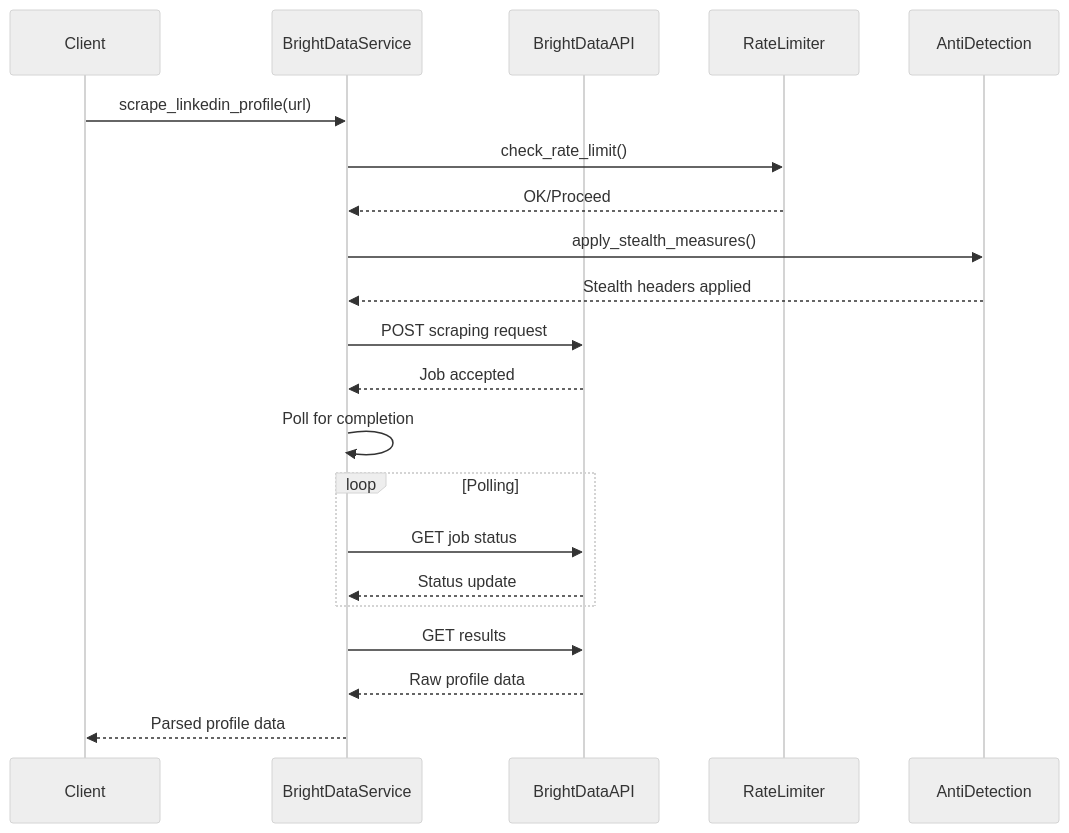
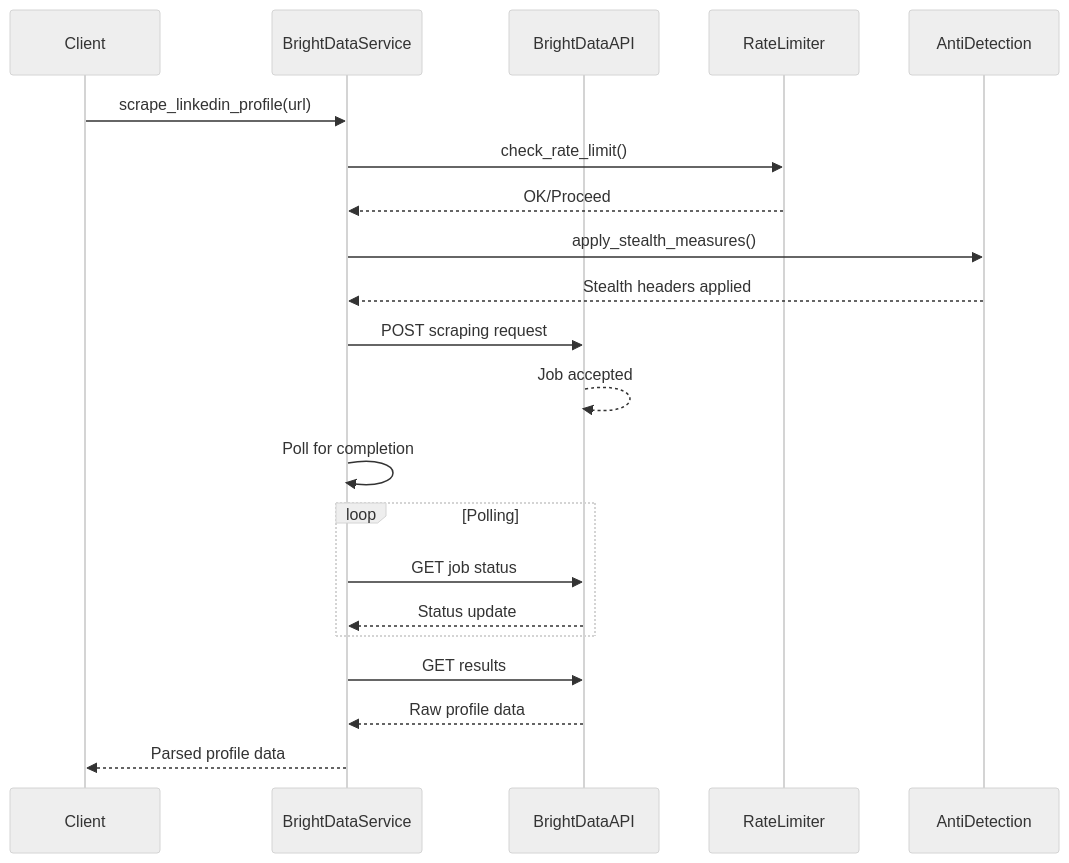
Before and after one commit to MananiDennis/alumniSystem: diagram 14 of 17 in DOCUMENTATION.md, drawn with Mermaid (neutral theme). The commit also changed other lines of this file and 5 other files, not shown here.

````diff
--- a/DOCUMENTATION.md
+++ b/DOCUMENTATION.md
@@ -476,29 +878,29 @@
 ```mermaid
 sequenceDiagram
     participant Client
     participant BrightDataService
     participant BrightDataAPI
     participant RateLimiter
     participant AntiDetection
 
     Client->>BrightDataService: scrape_linkedin_profile(url)
     BrightDataService->>RateLimiter: check_rate_limit()
     RateLimiter-->>BrightDataService: OK/Proceed
 
     BrightDataService->>AntiDetection: apply_stealth_measures()
     AntiDetection-->>BrightDataService: Stealth headers applied
 
     BrightDataService->>BrightDataAPI: POST scraping request
-    BrightDataAPI-->>BrightDataService: Job accepted
+    BrightDataAPI-->>BrightDataAPI: Job accepted
 
     BrightDataService->>BrightDataService: Poll for completion
     loop Polling
         BrightDataService->>BrightDataAPI: GET job status
         BrightDataAPI-->>BrightDataService: Status update
     end
 
     BrightDataService->>BrightDataAPI: GET results
     BrightDataAPI-->>BrightDataService: Raw profile data
 
     BrightDataService-->>Client: Parsed profile data
 ```
````
